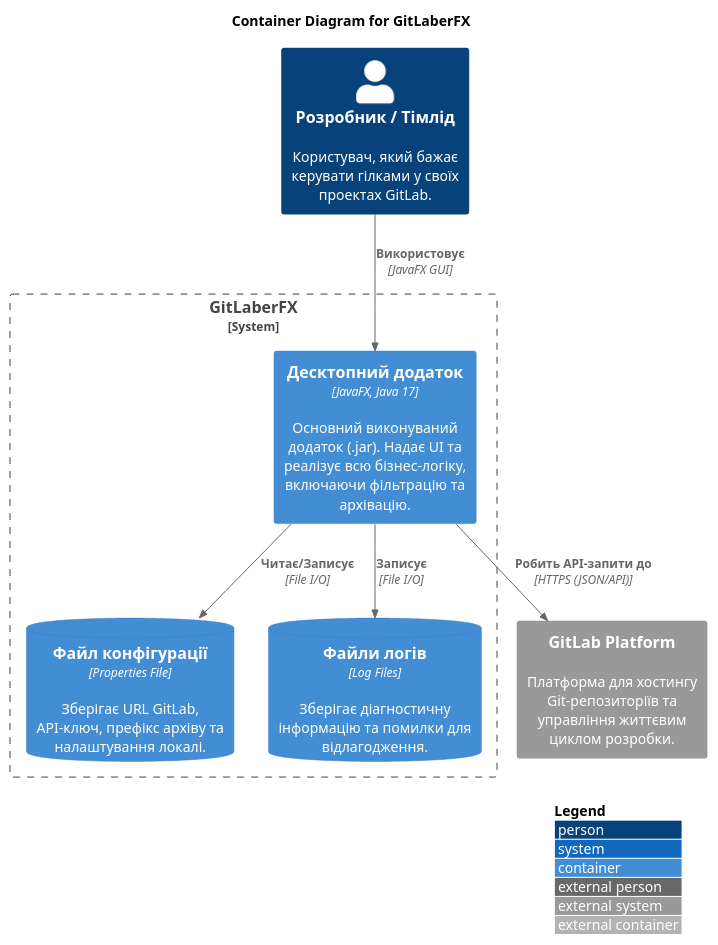
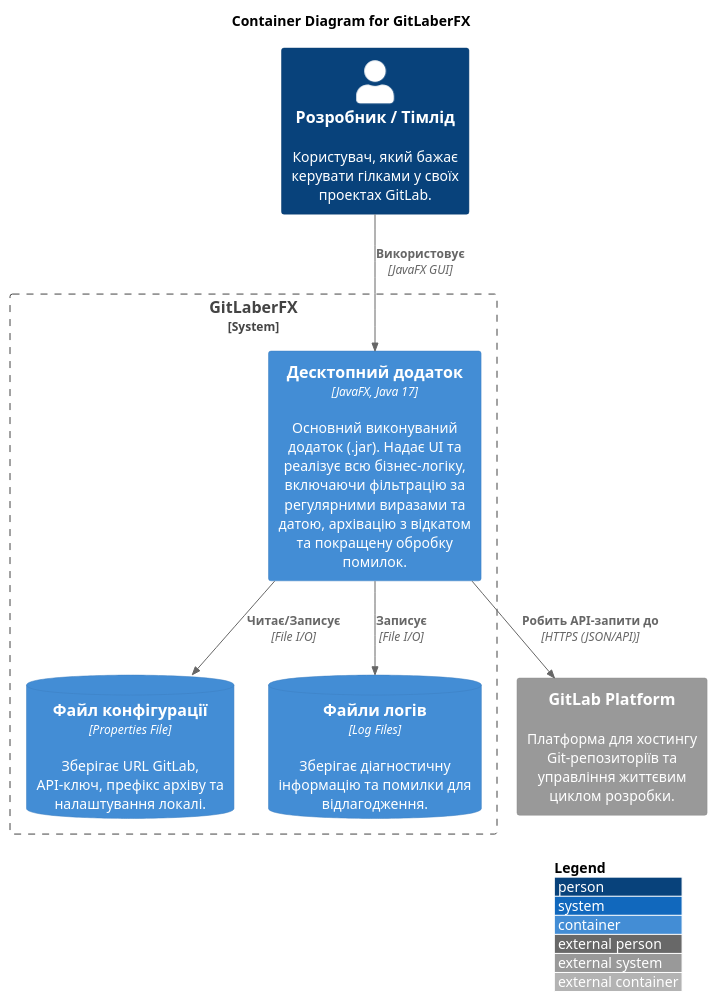
The diagram in src/main/docs/C4_container.puml (pashkazp/gitlaberfx), drawn with PlantUML before and after one commit. The commit also changed 10 other files, not shown here.

```diff
--- a/src/main/docs/C4_container.puml
+++ b/src/main/docs/C4_container.puml
@@ -1,26 +1,26 @@
 @startuml
 !include <C4/C4_Container>
 
 LAYOUT_WITH_LEGEND()
 
 title Container Diagram for GitLaberFX
 
 Person(user, "Розробник / Тімлід", "Користувач, який бажає керувати гілками у своїх проектах GitLab.")
 System_Ext(gitlab, "GitLab Platform", "Платформа для хостингу Git-репозиторіїв та управління життєвим циклом розробки.")
 
 System_Boundary(c1, "GitLaberFX") {
-    Container(app, "Десктопний додаток", "JavaFX, Java 17", "Основний виконуваний додаток (.jar). Надає UI та реалізує всю бізнес-логіку, включаючи фільтрацію та архівацію.")
+    Container(app, "Десктопний додаток", "JavaFX, Java 17", "Основний виконуваний додаток (.jar). Надає UI та реалізує всю бізнес-логіку, включаючи фільтрацію за регулярними виразами та датою, архівацію з відкатом та покращену обробку помилок.")
 
     ContainerDb(config, "Файл конфігурації", "Properties File", "Зберігає URL GitLab, API-ключ, префікс архіву та налаштування локалі.")
 
     ContainerDb(logs, "Файли логів", "Log Files", "Зберігає діагностичну інформацію та помилки для відлагодження.")
 }
 
 Rel(user, app, "Використовує", "JavaFX GUI")
 
 Rel(app, gitlab, "Робить API-запити до", "HTTPS (JSON/API)")
 
 Rel(app, config, "Читає/Записує", "File I/O")
 Rel(app, logs, "Записує", "File I/O")
 
 @enduml
```
